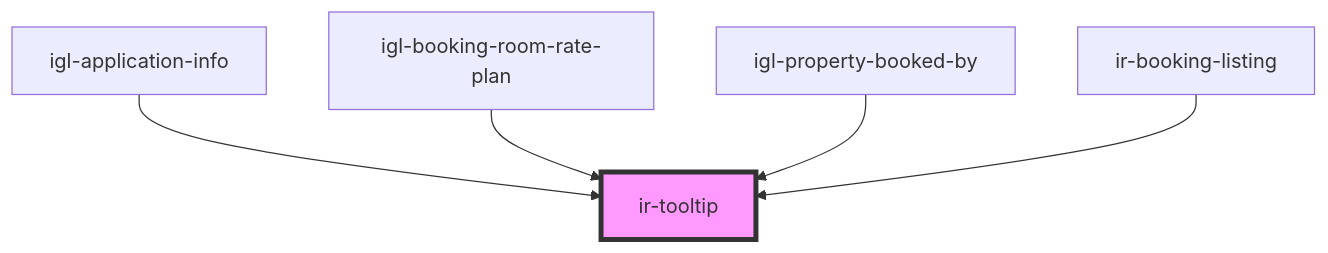
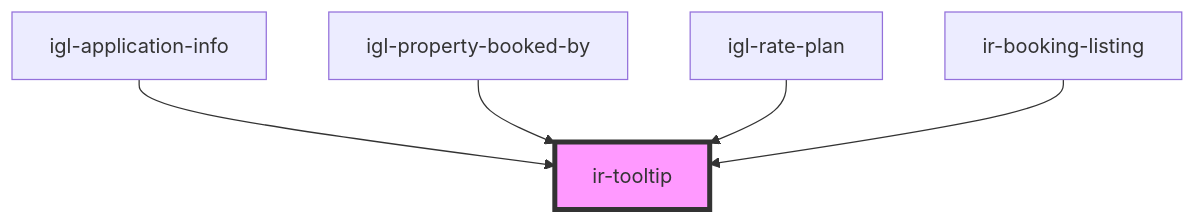
Before and after one commit to David1Chowaifaty/modified-ir-webcmp: the diagram in src/components/ir-tooltip/readme.md, drawn with Mermaid. The commit also changed other lines of this file and 28 other files, not shown here.

````diff
--- a/src/components/ir-tooltip/readme.md
+++ b/src/components/ir-tooltip/readme.md
@@ -27,8 +27,8 @@
 ```mermaid
 graph TD;
   igl-application-info --> ir-tooltip
-  igl-booking-room-rate-plan --> ir-tooltip
   igl-property-booked-by --> ir-tooltip
+  igl-rate-plan --> ir-tooltip
   ir-booking-listing --> ir-tooltip
   style ir-tooltip fill:#f9f,stroke:#333,stroke-width:4px
 ```
````
